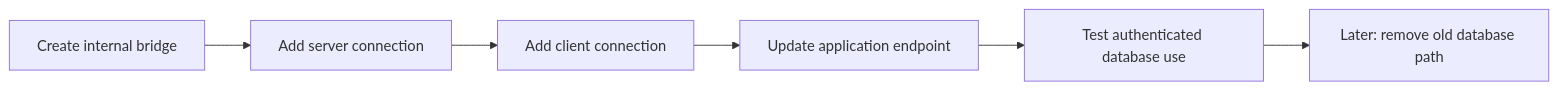
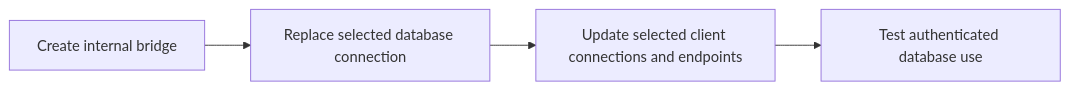
Before and after one commit to theaussiepom/homelab: the diagram in proxmox/applications/database-networks.md, drawn with Mermaid. The commit also changed other lines of this file and 8 other files, not shown here.

````diff
--- a/proxmox/applications/database-networks.md
+++ b/proxmox/applications/database-networks.md
@@ -38,8 +38,6 @@
 ```mermaid
 flowchart LR
-  B[Create internal bridge] --> D[Add server connection]
-  D --> C[Add client connection]
-  C --> A[Update application endpoint]
-  A --> V[Test authenticated database use]
-  V --> R[Later: remove old database path]
+  B[Create internal bridge] --> D[Replace selected database connection]
+  D --> C[Update selected client connections and endpoints]
+  C --> V[Test authenticated database use]
 ```
````
